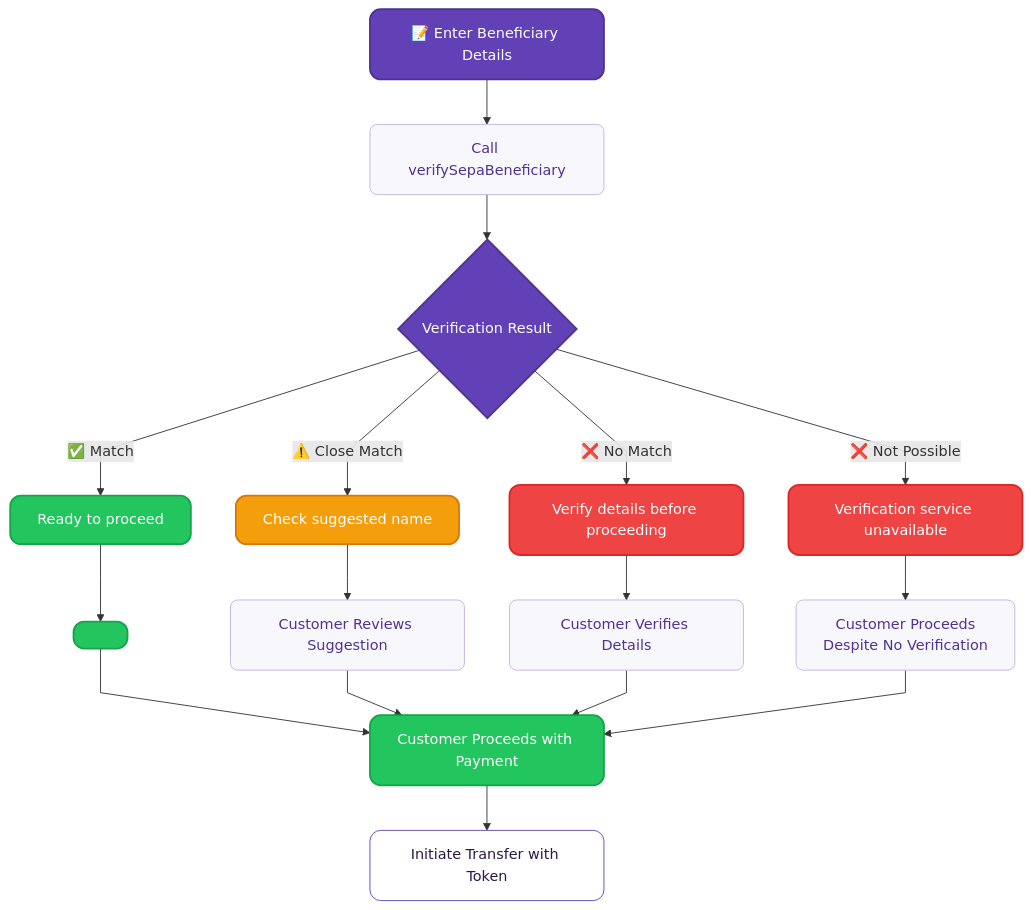
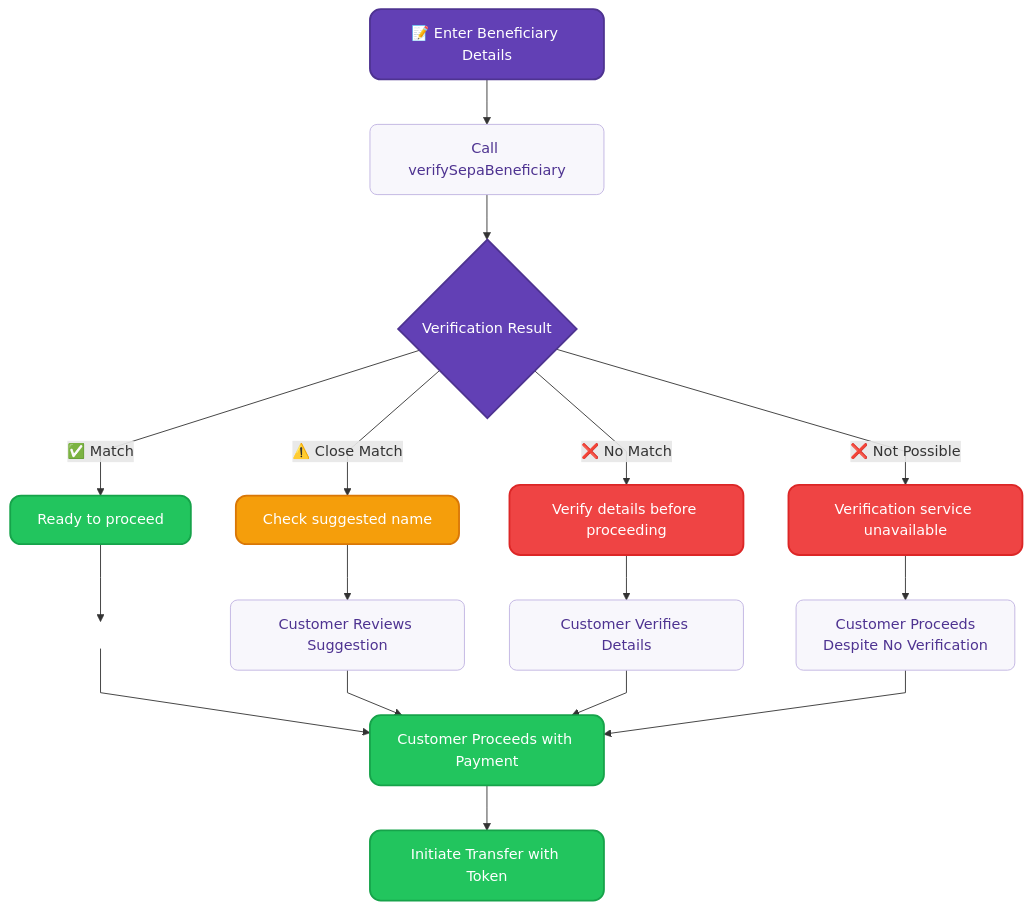
The second of 2 diagrams in docs/topics/payments/credit-transfers/sepa/verification-of-payee.mdx (swan-io/docs), drawn with Mermaid before and after one commit.

Commit message:
Fixed Verification diagram made extra node invisible

````diff
--- a/docs/topics/payments/credit-transfers/sepa/verification-of-payee.mdx
+++ b/docs/topics/payments/credit-transfers/sepa/verification-of-payee.mdx
@@ -153,45 +153,47 @@
 ```mermaid
 %%{ init: { 'flowchart': { 'curve': 'linear' } } }%%
 flowchart TD
     A["📝 Enter Beneficiary Details"] --> B[Call verifySepaBeneficiary]
     B --> C{Verification Result}
     
     D["Ready to proceed"]
     E["Check suggested name"]  
     F["Verify details before proceeding"]
     G["Verification service unavailable"]
     
     C -->|"✅ Match"| D
     C -->|"⚠️ Close Match"| E
     C -->|"❌ No Match"| F
     C -->|"❌ Not Possible"| G
     
     D --> H[" "]
     E --> I["Customer Reviews Suggestion"]
     F --> J["Customer Verifies Details"]
     G --> K["Customer Proceeds<br>Despite No Verification"]
     
     H --> L["Customer Proceeds with Payment"]
     I --> L
     J --> L
     K --> L
     
     L --> M["Initiate Transfer with Token"]
     
     classDef default fill:#ffffff,stroke:#6240b5,stroke-width:1px,color:#271a48,rx:12,ry:12
     classDef input fill:#6240b5,stroke:#4e3391,stroke-width:2px,color:#ffffff,rx:12,ry:12
     classDef decision fill:#6240b5,stroke:#4e3391,stroke-width:2px,color:#ffffff,rx:20,ry:20
     classDef success fill:#22c55e,stroke:#16a34a,stroke-width:2px,color:#ffffff,rx:12,ry:12
     classDef warning fill:#f59e0b,stroke:#d97706,stroke-width:2px,color:#ffffff,rx:12,ry:12
     classDef error fill:#ef4444,stroke:#dc2626,stroke-width:2px,color:#ffffff,rx:12,ry:12
     classDef process fill:#f8f7fc,stroke:#c0b3e1,stroke-width:1px,color:#4e3391,rx:8,ry:8
     classDef final fill:#22c55e,stroke:#16a34a,stroke-width:2px,color:#ffffff,rx:12,ry:12
+    classDef invisible fill:transparent,stroke:transparent,stroke-width:0px,color:transparent
     
     class A input
     class C decision
     class D success
     class E warning
     class F,G error
     class B,I,J,K process
-    class H,L final
+    class L,M final
+    class H invisible
 ```
````
